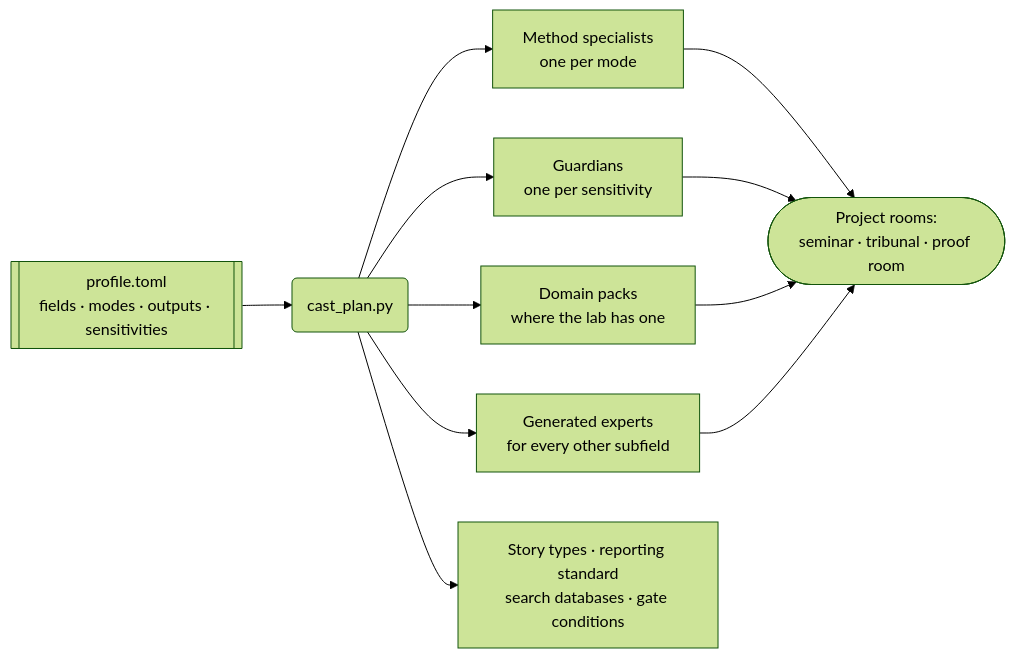
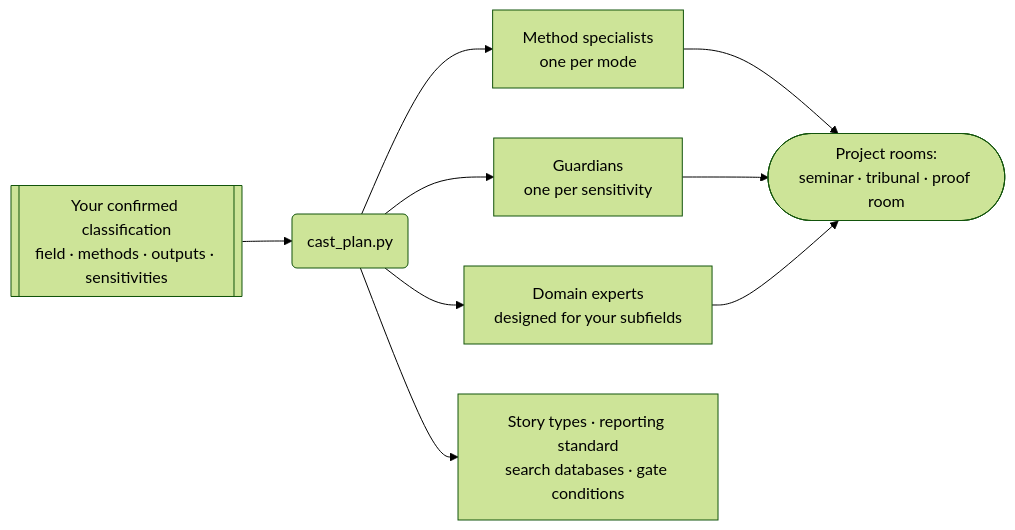
Before and after one commit to ozcankasal/ResearchLab: the sixth of 6 diagrams in README.md, drawn with Mermaid (forest theme). The commit also changed other lines of this file and 17 other files, not shown here.

First line of the commit message:
Present expert presets as optional; the lab is field-agnostic

````diff
--- a/README.md
+++ b/README.md
@@ -265,10 +265,9 @@
 ```mermaid
 flowchart LR
-    P[["profile.toml<br/>fields · modes · outputs · sensitivities"]] --> CP("cast_plan.py")
+    P[["Your confirmed classification<br/>field · methods · outputs · sensitivities"]] --> CP("cast_plan.py")
     CP --> M["Method specialists<br/>one per mode"]
     CP --> G["Guardians<br/>one per sensitivity"]
-    CP --> K["Domain packs<br/>where the lab has one"]
-    CP --> X["Generated experts<br/>for every other subfield"]
+    CP --> X["Domain experts<br/>designed for your subfields"]
     CP --> S["Story types · reporting standard<br/>search databases · gate conditions"]
-    M & G & K & X --> R(["Project rooms:<br/>seminar · tribunal · proof room"])
+    M & G & X --> R(["Project rooms:<br/>seminar · tribunal · proof room"])
 ```
````
